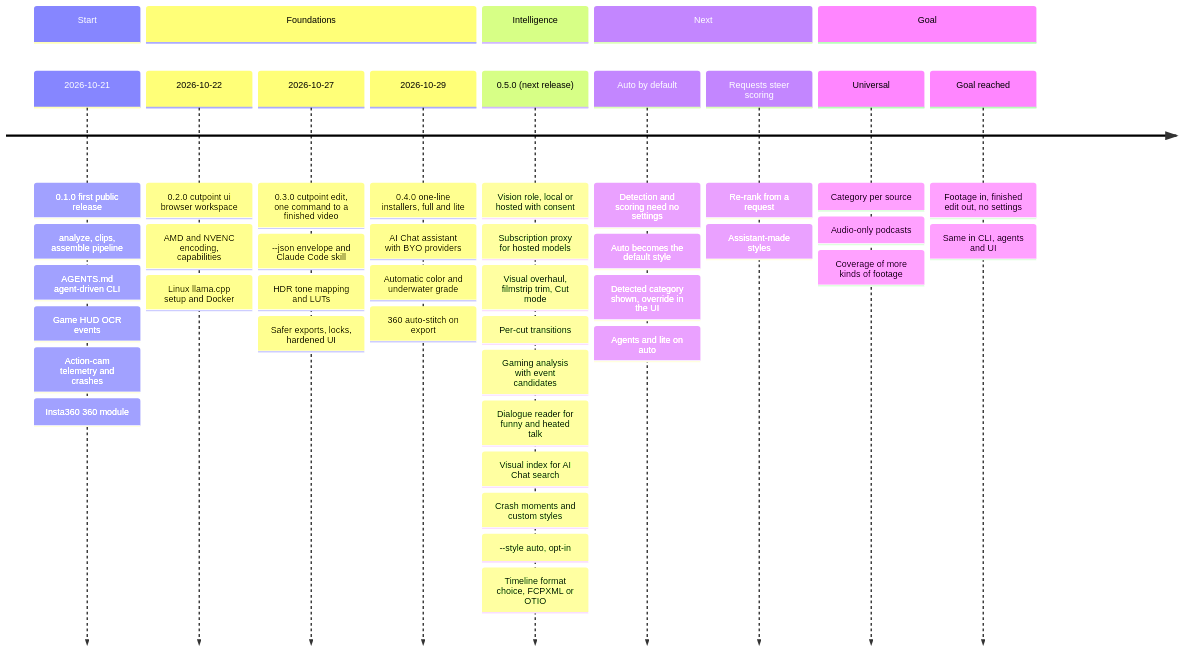
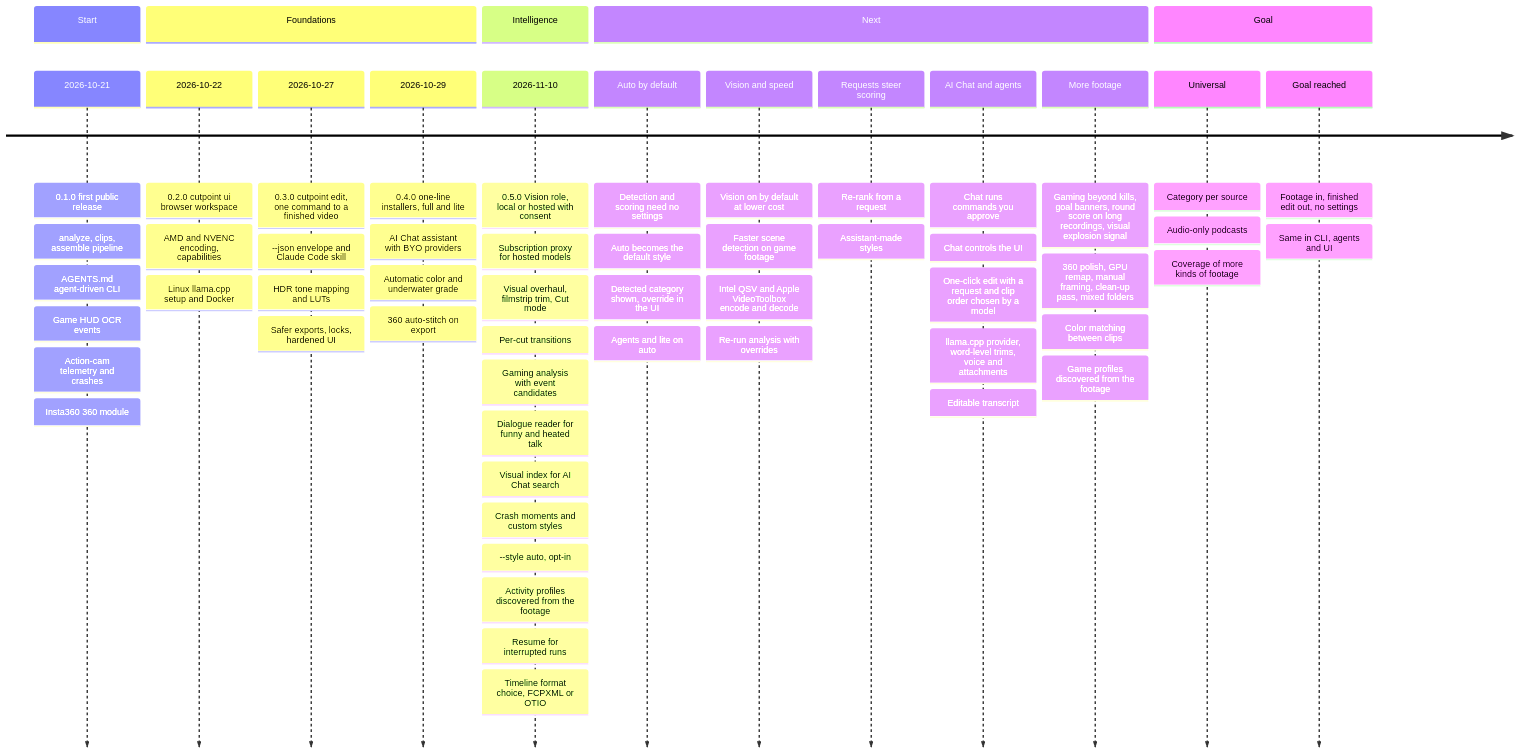
The diagram in docs/roadmap.md (FerventOrange/cutpoint), drawn with Mermaid before and after one commit. The commit also changed other lines of this file, not shown here.

Commit message:
docs/roadmap : 0.5.0 released, new Next bands and issue links (#922) (#933)
* docs/roadmap : 0.5.0 released, new Next bands and issue links (#922)

* docs/roadmap : name only the open gaming work (#922)

````diff
--- a/docs/roadmap.md
+++ b/docs/roadmap.md
@@ -9,49 +9,64 @@
 ```mermaid
 ---
 title: "Cutpoint: from inception to the universal AI footage editor"
 ---
 timeline
     section Start
         2026-10-21 : 0.1.0 first public release
                    : analyze, clips, assemble pipeline
                    : AGENTS.md agent-driven CLI
                    : Game HUD OCR events
                    : Action-cam telemetry and crashes
                    : Insta360 360 module
     section Foundations
         2026-10-22 : 0.2.0 cutpoint ui browser workspace
                    : AMD and NVENC encoding, capabilities
                    : Linux llama.cpp setup and Docker
         2026-10-27 : 0.3.0 cutpoint edit, one command to a finished video
                    : --json envelope and Claude Code skill
                    : HDR tone mapping and LUTs
                    : Safer exports, locks, hardened UI
         2026-10-29 : 0.4.0 one-line installers, full and lite
                    : AI Chat assistant with BYO providers
                    : Automatic color and underwater grade
                    : 360 auto-stitch on export
     section Intelligence
-        0.5.0 (next release) : Vision role, local or hosted with consent
-                             : Subscription proxy for hosted models
-                             : Visual overhaul, filmstrip trim, Cut mode
-                             : Per-cut transitions
-                             : Gaming analysis with event candidates
-                             : Dialogue reader for funny and heated talk
-                             : Visual index for AI Chat search
-                             : Crash moments and custom styles
-                             : --style auto, opt-in
-                             : Timeline format choice, FCPXML or OTIO
+        2026-11-10 : 0.5.0 Vision role, local or hosted with consent
+                   : Subscription proxy for hosted models
+                   : Visual overhaul, filmstrip trim, Cut mode
+                   : Per-cut transitions
+                   : Gaming analysis with event candidates
+                   : Dialogue reader for funny and heated talk
+                   : Visual index for AI Chat search
+                   : Crash moments and custom styles
+                   : --style auto, opt-in
+                   : Activity profiles discovered from the footage
+                   : Resume for interrupted runs
+                   : Timeline format choice, FCPXML or OTIO
     section Next
         Auto by default : Detection and scoring need no settings
                         : Auto becomes the default style
                         : Detected category shown, override in the UI
                         : Agents and lite on auto
+        Vision and speed : Vision on by default at lower cost
+                         : Faster scene detection on game footage
+                         : Intel QSV and Apple VideoToolbox encode and decode
+                         : Re-run analysis with overrides
         Requests steer scoring : Re-rank from a request
                                : Assistant-made styles
+        AI Chat and agents : Chat runs commands you approve
+                           : Chat controls the UI
+                           : One-click edit with a request and clip order chosen by a model
+                           : llama.cpp provider, word-level trims, voice and attachments
+                           : Editable transcript
+        More footage : Gaming beyond kills, goal banners, round score on long recordings, visual explosion signal
+                     : 360 polish, GPU remap, manual framing, clean-up pass, mixed folders
+                     : Color matching between clips
+                     : Game profiles discovered from the footage
     section Goal
         Universal : Category per source
                   : Audio-only podcasts
                   : Coverage of more kinds of footage
         Goal reached : Footage in, finished edit out, no settings
                      : Same in CLI, agents and UI
 ```
````
